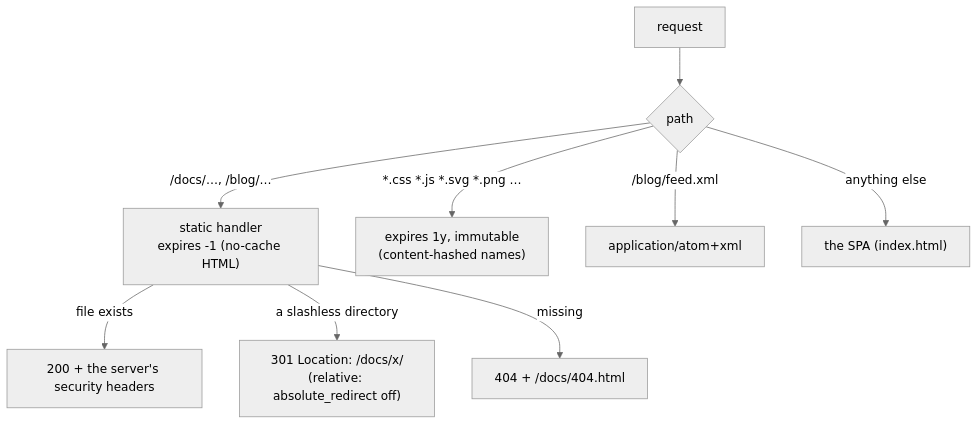
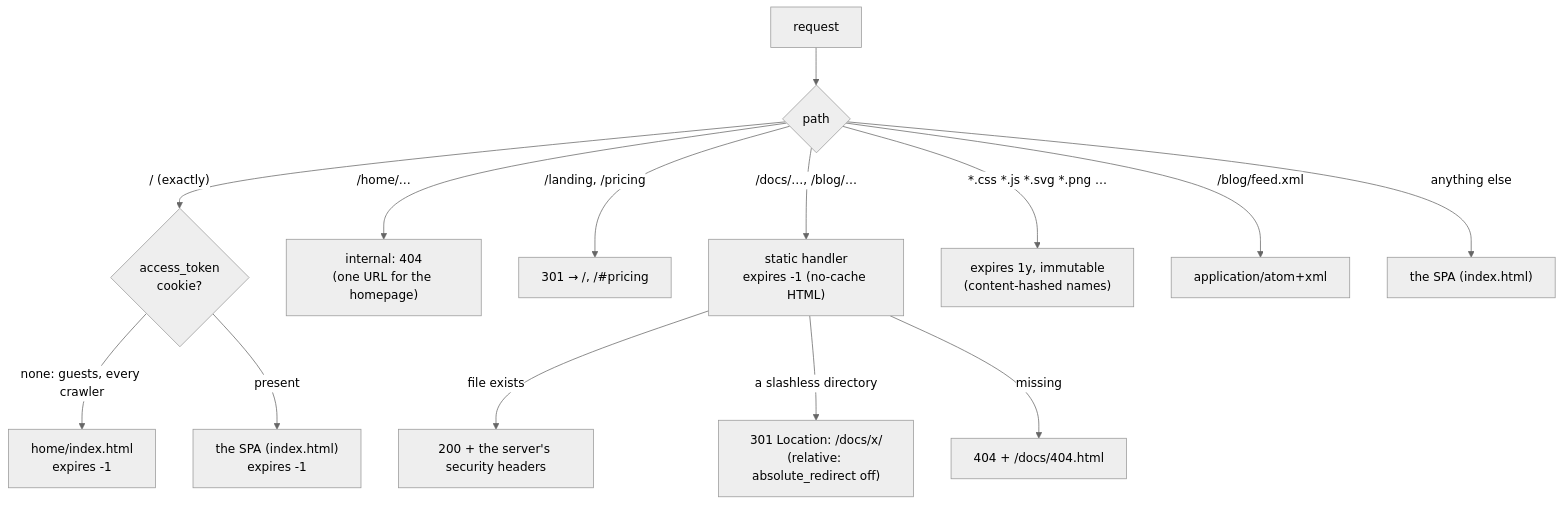
Before and after one commit to gjovanov/roomler-ai: the third of 3 diagrams in docs/public-site.md, drawn with Mermaid (neutral theme). The commit also changed other lines of this file and 17 other files, not shown here.

````diff
--- a/docs/public-site.md
+++ b/docs/public-site.md
@@ -140,11 +149,16 @@
 ```mermaid
 flowchart TD
     R["request"] --> L1{"path"}
+    L1 -->|"/ (exactly)"| CK{"access_token<br/>cookie?"}
+    CK -->|"none: guests, every crawler"| HOME["home/index.html<br/>expires -1"]
+    CK -->|present| APP["the SPA (index.html)<br/>expires -1"]
+    L1 -->|"/home/…"| INT["internal: 404<br/>(one URL for the homepage)"]
+    L1 -->|"/landing, /pricing"| MV["301 → /, /#pricing"]
     L1 -->|"/docs/…, /blog/…"| S["static handler<br/>expires -1 (no-cache HTML)"]
     S -->|file exists| OK["200 + the server's security headers"]
     S -->|"a slashless directory"| RD["301 Location: /docs/x/<br/>(relative: absolute_redirect off)"]
     S -->|missing| NF["404 + /docs/404.html"]
     L1 -->|"*.css *.js *.svg *.png …"| IM["expires 1y, immutable<br/>(content-hashed names)"]
     L1 -->|"/blog/feed.xml"| F["application/atom+xml"]
     L1 -->|"anything else"| SPA["the SPA (index.html)"]
 ```
````
